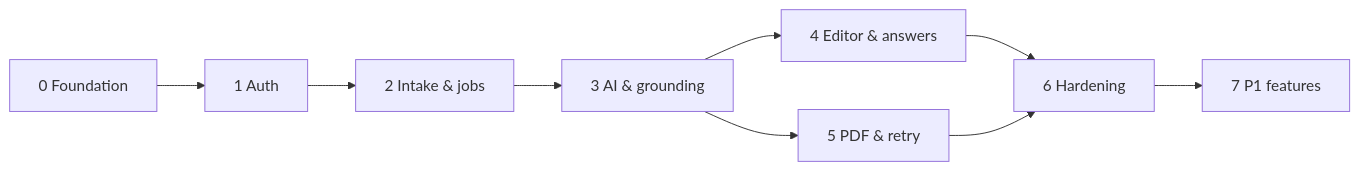
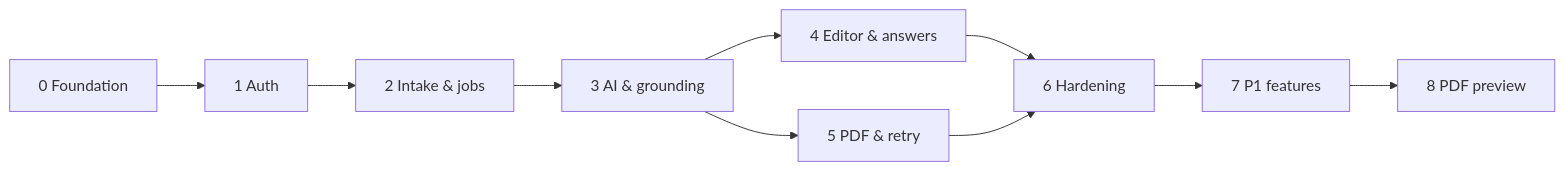
The diagram in docs/plans/README.md (VjacheslavZ/ai_cv_builder), drawn with Mermaid before and after one commit. The commit also changed other lines of this file and 2 other files, not shown here.

First line of the commit message:
docs: plan phase 8, live PDF preview and a three-column editor

````diff
--- a/docs/plans/README.md
+++ b/docs/plans/README.md
@@ -18,11 +19,12 @@
 ```mermaid
 flowchart LR
   P0[0 Foundation] --> P1[1 Auth]
   P1 --> P2[2 Intake & jobs]
   P2 --> P3[3 AI & grounding]
   P3 --> P4[4 Editor & answers]
   P3 --> P5[5 PDF & retry]
   P4 --> P6[6 Hardening]
   P5 --> P6
   P6 --> P7[7 P1 features]
+  P7 --> P8[8 PDF preview]
 ```
````
